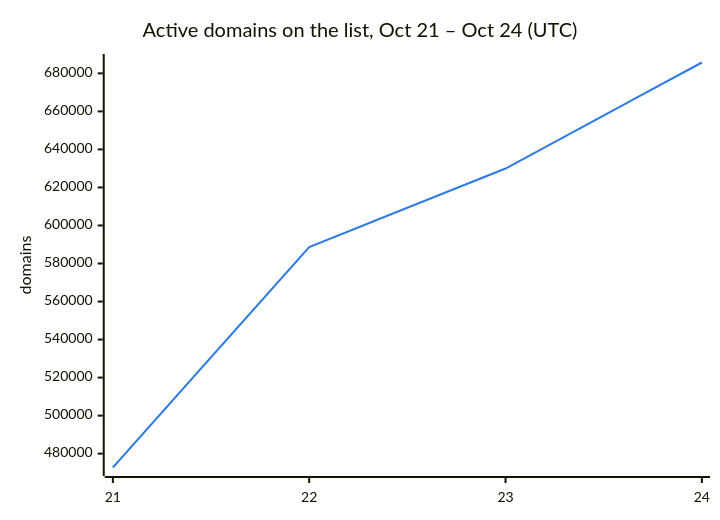
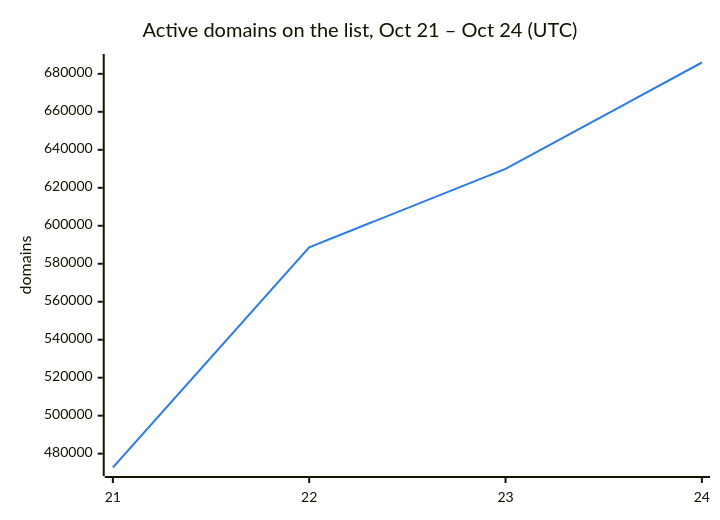
One commit to DNSBunker/CTI changed the second of 3 diagrams in README.md. Above: the diagram before and after it, drawn with Mermaid. The commit also changed other lines of this file and 3 other files, not shown here.

````diff
--- a/README.md
+++ b/README.md
@@ -38,8 +38,8 @@
 ```mermaid
 %%{init: {"themeVariables": {"xyChart": {"plotColorPalette": "#2c7be5"}}}}%%
 xychart-beta
     title "Active domains on the list, Oct 21 – Oct 24 (UTC)"
     x-axis ["21", "22", "23", "24"]
     y-axis "domains"
-    line [472713, 588659, 629951, 685705]
+    line [472713, 588659, 629951, 685969]
 ```
````
